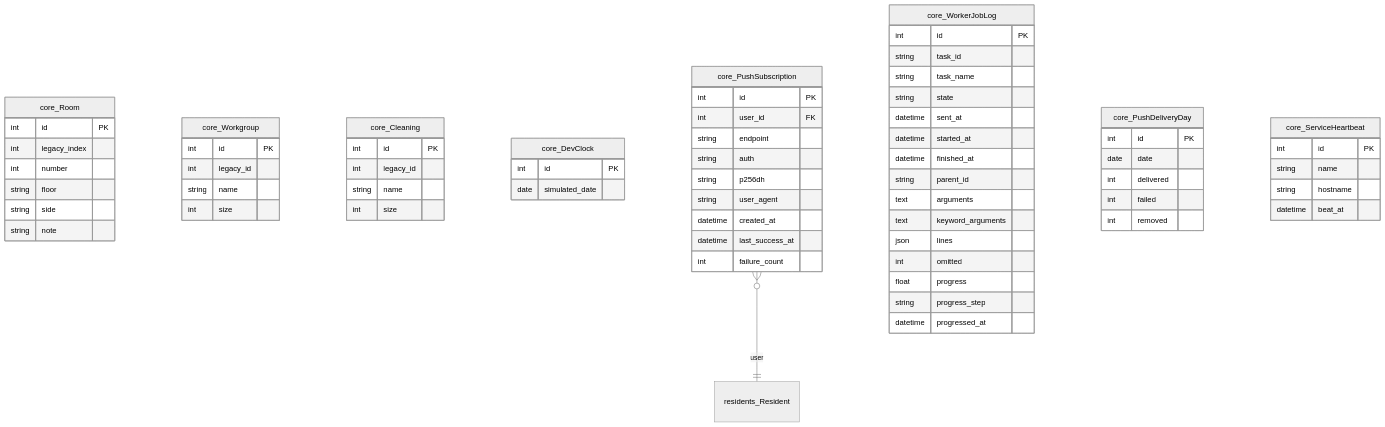
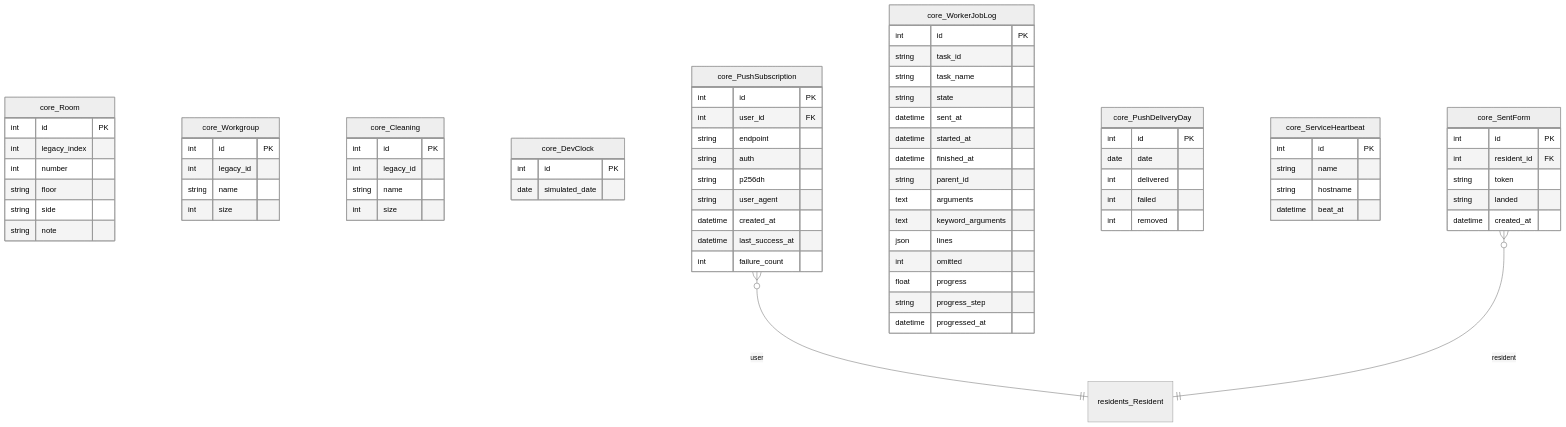
Before and after one commit to GAHK-org/gahk_intern: the sixth of 18 diagrams in docs/erd.md, drawn with Mermaid (neutral theme). The commit also changed other lines of this file and 17 other files, not shown here.

````diff
--- a/docs/erd.md
+++ b/docs/erd.md
@@ -1431,7 +1451,16 @@
         datetime beat_at
     }
 
+    core_SentForm {
+        int id PK
+        int resident_id FK
+        string token
+        string landed
+        datetime created_at
+    }
+
     residents_Resident { }
 
     core_PushSubscription }o--|| residents_Resident : "user"
+    core_SentForm }o--|| residents_Resident : "resident"
 ```
````
